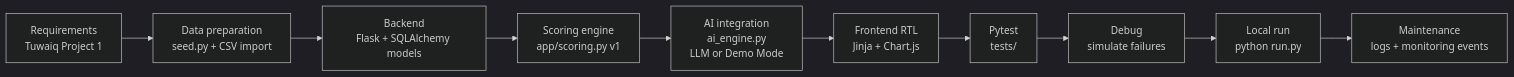
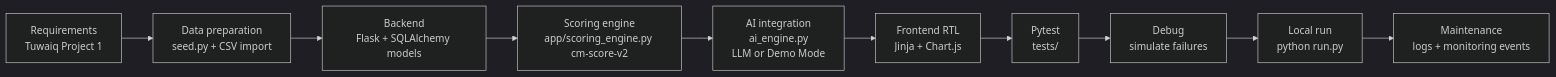
The first of 2 diagrams in docs/DIAGRAMS.md (abdulrhmanazkh1-star/TuwaiqProject), drawn with Mermaid (dark theme) before and after one commit. The commit also changed 28 other files, not shown here.

````diff
--- a/docs/DIAGRAMS.md
+++ b/docs/DIAGRAMS.md
@@ -7,12 +7,12 @@
 ```mermaid
 flowchart LR
   A[Requirements\nTuwaiq Project 1] --> B[Data preparation\nseed.py + CSV import]
   B --> C[Backend\nFlask + SQLAlchemy models]
-  C --> D[Scoring engine\napp/scoring.py v1]
+  C --> D[Scoring engine\napp/scoring_engine.py cm-score-v2]
   D --> E[AI integration\nai_engine.py\nLLM or Demo Mode]
   E --> F[Frontend RTL\nJinja + Chart.js]
   F --> G[Pytest\ntests/]
   G --> H[Debug\nsimulate failures]
   H --> I[Local run\npython run.py]
   I --> J[Maintenance\nlogs + monitoring events]
 ```
````
